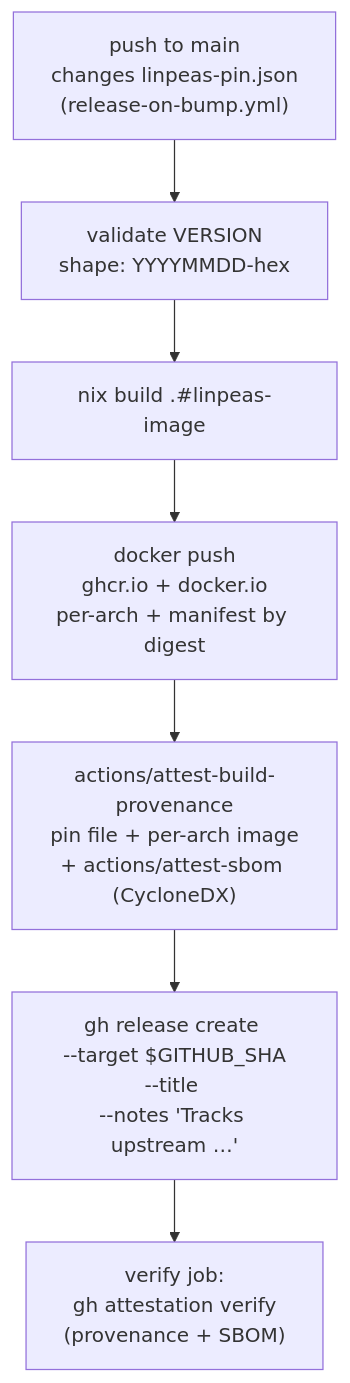
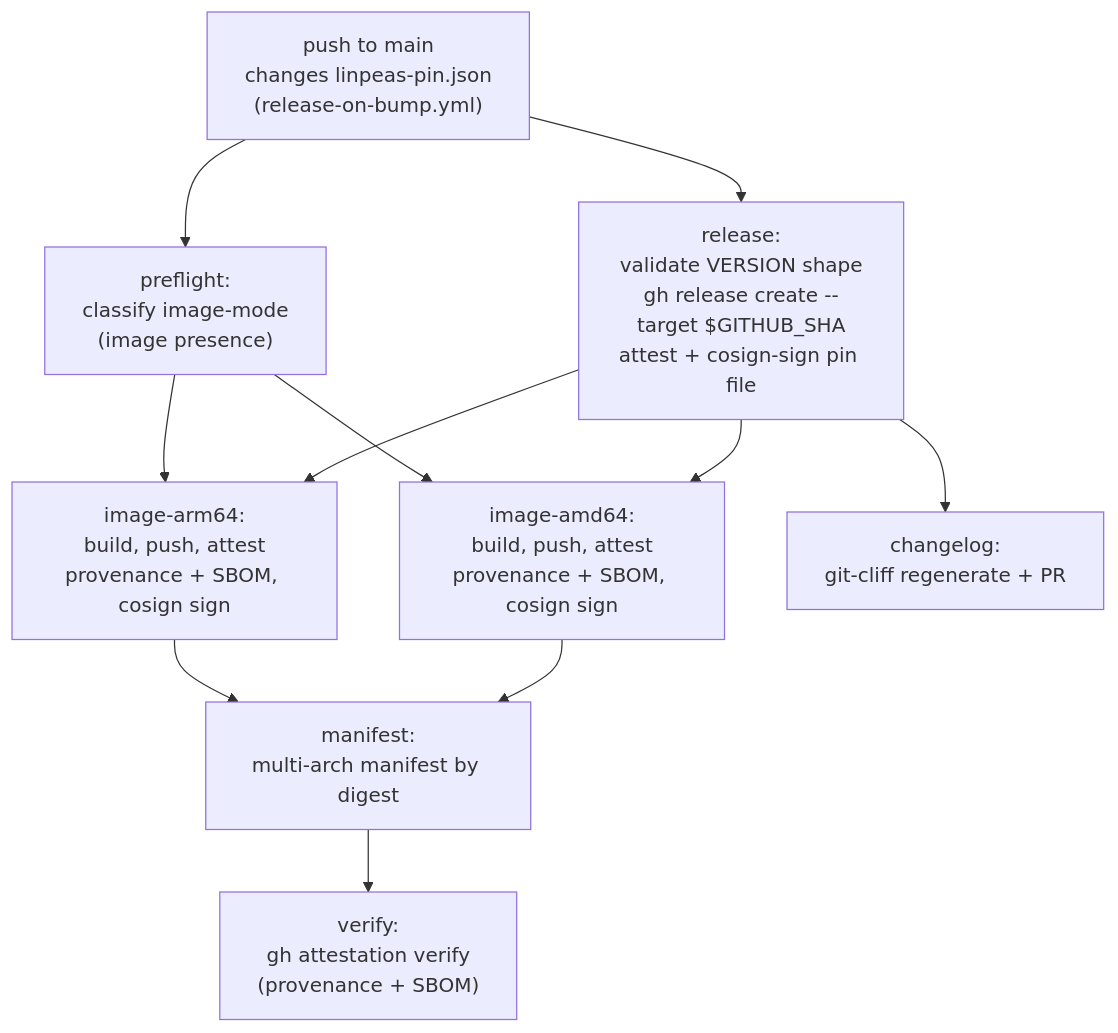
One commit to rvenutolo/linPEAS-flake changed the second of 3 diagrams in docs/architecture/auto-update.md. Above: the diagram before and after it, drawn with Mermaid. The commit also changed other lines of this file and 2 other files, not shown here.

Commit message:
docs: correct release job graph and bump-pipeline claims

````diff
--- a/docs/architecture/auto-update.md
+++ b/docs/architecture/auto-update.md
@@ -28,14 +28,22 @@
 ```mermaid
 flowchart TD
   trigger["push to main<br/>changes linpeas-pin.json<br/>(release-on-bump.yml)"]
-  validate["validate VERSION<br/>shape: YYYYMMDD-hex"]
-  build_image["nix build .#linpeas-image"]
-  push_image["docker push<br/>ghcr.io + docker.io<br/>per-arch + manifest by digest"]
-  attest["actions/attest-build-provenance<br/>pin file + per-arch image<br/>+ actions/attest-sbom (CycloneDX)"]
-  release["gh release create <tag><br/>--target $GITHUB_SHA<br/>--title <tag><br/>--notes 'Tracks upstream …'"]
-  verify["verify job:<br/>gh attestation verify<br/>(provenance + SBOM)"]
+  preflight["preflight:<br/>classify image-mode<br/>(image presence)"]
+  release["release:<br/>validate VERSION shape<br/>gh release create --target $GITHUB_SHA<br/>attest + cosign-sign pin file"]
+  image_amd64["image-amd64:<br/>build, push, attest<br/>provenance + SBOM, cosign sign"]
+  image_arm64["image-arm64:<br/>build, push, attest<br/>provenance + SBOM, cosign sign"]
+  manifest["manifest:<br/>multi-arch manifest by digest"]
+  verify["verify:<br/>gh attestation verify<br/>(provenance + SBOM)"]
+  changelog["changelog:<br/>git-cliff regenerate + PR"]
 
-  trigger --> validate --> build_image --> push_image
-  push_image --> attest
-  attest --> release --> verify
+  trigger --> release
+  trigger --> preflight
+  release --> image_amd64
+  release --> image_arm64
+  preflight --> image_amd64
+  preflight --> image_arm64
+  image_amd64 --> manifest
+  image_arm64 --> manifest
+  manifest --> verify
+  release --> changelog
 ```
````
